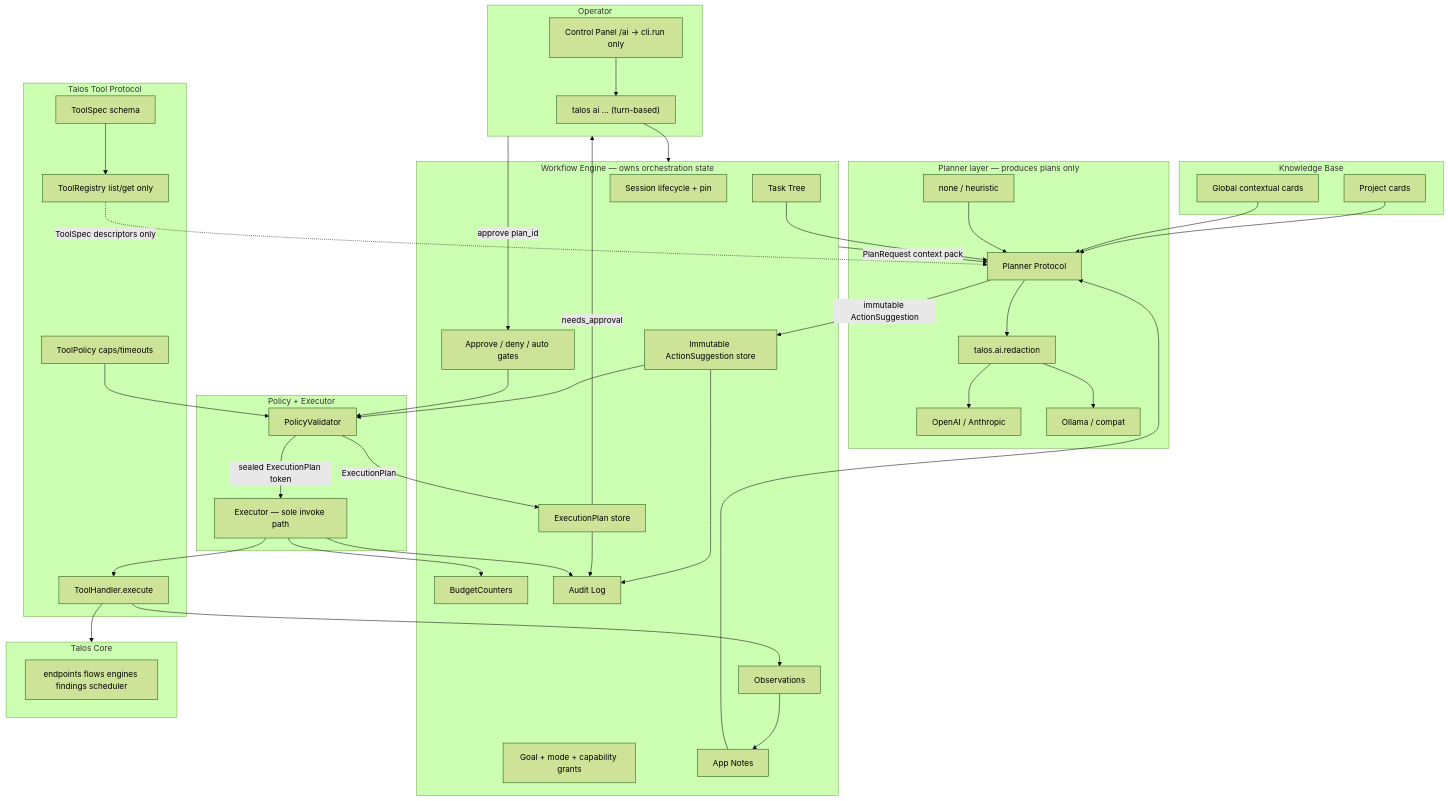
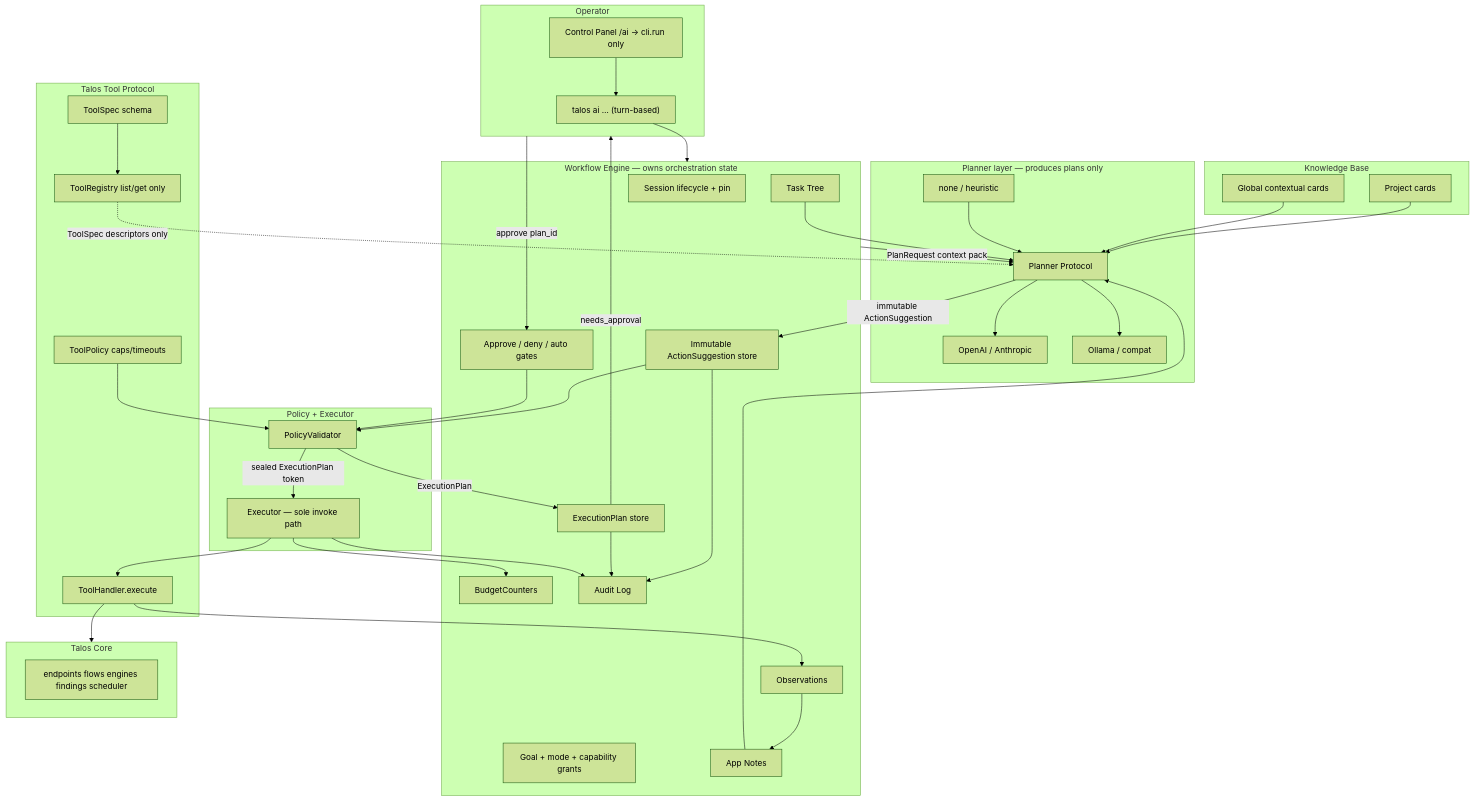
The diagram in docs/design-talos-ai-layer.md (himanshugupta2077/talos), drawn with Mermaid (forest theme) before and after one commit. The commit also changed other lines of this file and 23 other files, not shown here.

First line of the commit message:
feat(ai): Phase B — offline notes + suggest/approve loop (schema v51)

````diff
--- a/docs/design-talos-ai-layer.md
+++ b/docs/design-talos-ai-layer.md
@@ -109,79 +110,77 @@
 ```mermaid
 flowchart TB
   subgraph Operator
     CLI["talos ai … (turn-based)"]
     CP["Control Panel /ai → cli.run only"]
   end
 
   subgraph PlannerLayer["Planner layer — produces plans only"]
     Planner[Planner Protocol]
     Heuristic[none / heuristic]
     Cloud[OpenAI / Anthropic]
     Local[Ollama / compat]
-    Redact[talos.ai.redaction]
   end
 
   subgraph WF["Workflow Engine — owns orchestration state"]
     Session[Session lifecycle + pin]
     Goal[Goal + mode + capability grants]
     PTT[Task Tree]
     SuggStore[Immutable ActionSuggestion store]
     PlanStore[ExecutionPlan store]
     Approve[Approve / deny / auto gates]
     Budgets[BudgetCounters]
     Audit[Audit Log]
     Notes[App Notes]
     Obs[Observations]
   end
 
   subgraph PolicyExec["Policy + Executor"]
     Pol[PolicyValidator]
     Exec[Executor — sole invoke path]
   end
 
   subgraph TTP["Talos Tool Protocol"]
     Spec[ToolSpec schema]
     TPol[ToolPolicy caps/timeouts]
     Reg["ToolRegistry list/get only"]
     Handlers[ToolHandler.execute]
   end
 
   subgraph Core["Talos Core"]
     APIs[endpoints flows engines findings scheduler]
   end
 
   subgraph KB["Knowledge Base"]
     ProjKB[Project cards]
     GlobKB[Global contextual cards]
   end
 
   CLI --> WF
   CP --> CLI
   WF -->|PlanRequest context pack| Planner
   Notes --> Planner
   ProjKB --> Planner
   GlobKB --> Planner
   PTT --> Planner
   Reg -.->|ToolSpec descriptors only| Planner
-  Planner --> Redact
-  Redact --> Cloud
-  Redact --> Local
+  Planner --> Cloud
+  Planner --> Local
   Heuristic --> Planner
   Planner -->|immutable ActionSuggestion| SuggStore
   SuggStore --> Pol
   Pol -->|ExecutionPlan| PlanStore
   PlanStore -->|needs_approval| Operator
   Operator -->|approve plan_id| Approve
   Approve --> Pol
   Pol -->|sealed ExecutionPlan token| Exec
   Exec --> Handlers
   Spec --> Reg
   TPol --> Pol
   Handlers --> Core
   Handlers --> Obs
   Exec --> Budgets
   Obs --> Notes
   SuggStore --> Audit
   PlanStore --> Audit
   Exec --> Audit
 ```
````
